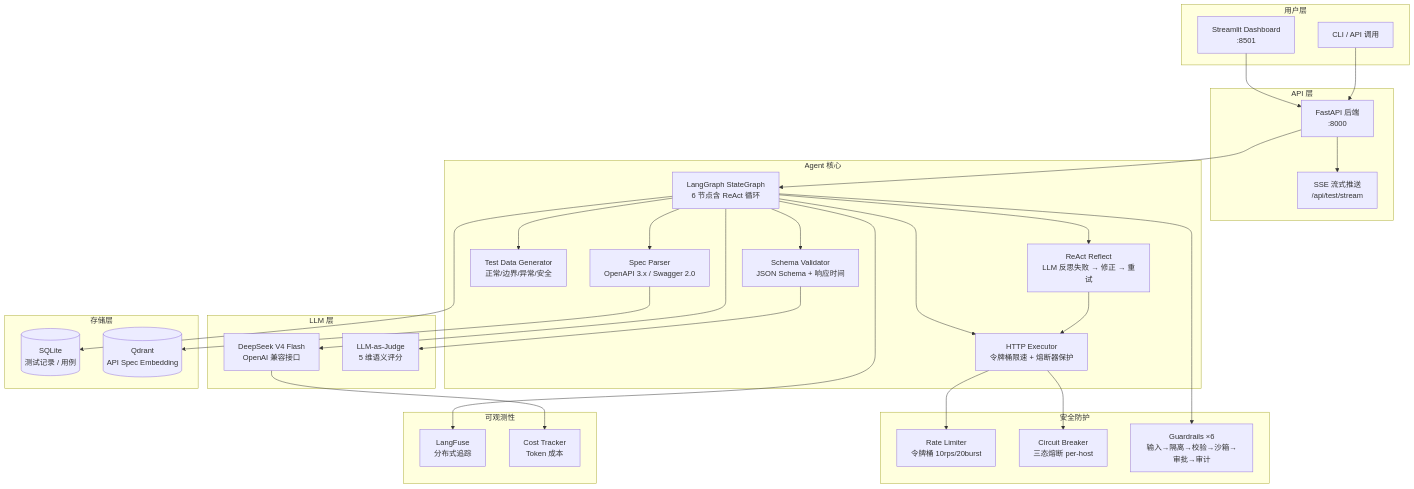
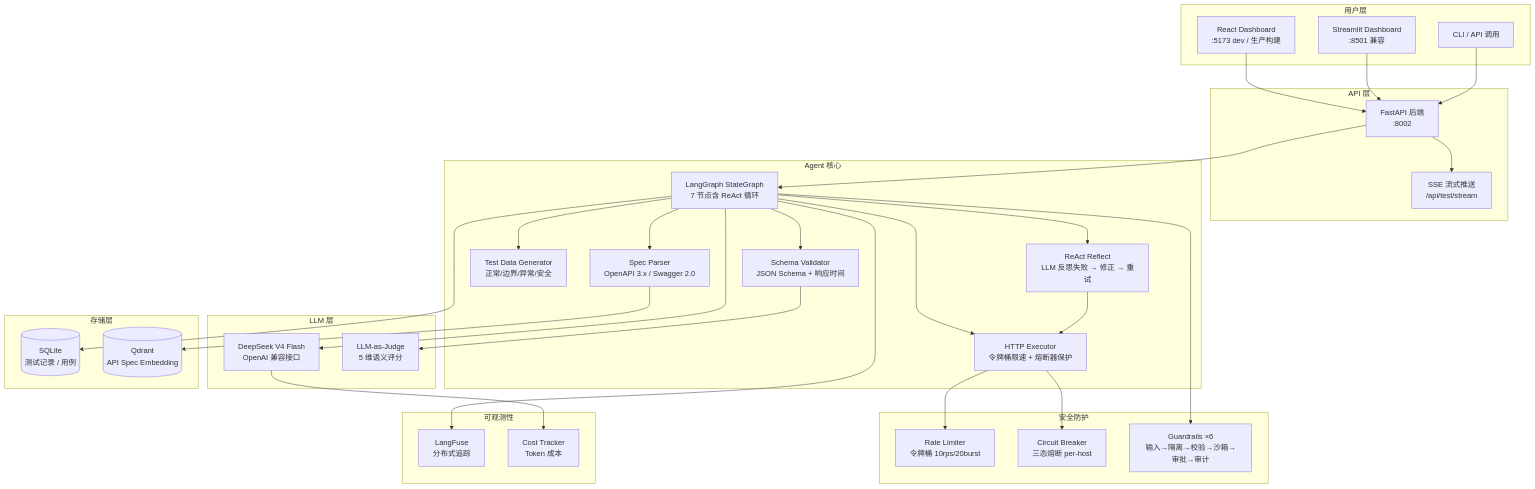
The first of 2 diagrams in README.md (lumfei/test-agent), drawn with Mermaid before and after one commit. The commit also changed other lines of this file and 63 other files, not shown here.

````diff
--- a/README.md
+++ b/README.md
@@ -30,62 +35,64 @@
 ```mermaid
 graph TB
     subgraph 用户层
-        UI[Streamlit Dashboard<br/>:8501]
+        UI[React Dashboard<br/>:5173 dev / 生产构建]
+        ST[Streamlit Dashboard<br/>:8501 兼容]
         CLI[CLI / API 调用]
     end
 
     subgraph API 层
-        FAST[FastAPI 后端<br/>:8000]
+        FAST[FastAPI 后端<br/>:8002]
         SSE[SSE 流式推送<br/>/api/test/stream]
     end
 
     subgraph Agent 核心
-        GRAPH[LangGraph StateGraph<br/>6 节点含 ReAct 循环]
+        GRAPH[LangGraph StateGraph<br/>7 节点含 ReAct 循环]
         PARSER[Spec Parser<br/>OpenAPI 3.x / Swagger 2.0]
         GEN[Test Data Generator<br/>正常/边界/异常/安全]
         EXEC[HTTP Executor<br/>令牌桶限速 + 熔断器保护]
         VAL[Schema Validator<br/>JSON Schema + 响应时间]
         REFLECT[ReAct Reflect<br/>LLM 反思失败 → 修正 → 重试]
     end
 
     subgraph 安全防护
         RL[Rate Limiter<br/>令牌桶 10rps/20burst]
         CB[Circuit Breaker<br/>三态熔断 per-host]
         GL[Guardrails ×6<br/>输入→隔离→校验→沙箱→审批→审计]
     end
 
     subgraph LLM 层
         DS[DeepSeek V4 Flash<br/>OpenAI 兼容接口]
         JUDGE[LLM-as-Judge<br/>5 维语义评分]
     end
 
     subgraph 存储层
         SQLITE[(SQLite<br/>测试记录 / 用例)]
         QDRANT[(Qdrant<br/>API Spec Embedding)]
     end
 
     subgraph 可观测性
         LF[LangFuse<br/>分布式追踪]
         COST[Cost Tracker<br/>Token 成本]
     end
 
     UI --> FAST
+    ST --> FAST
     CLI --> FAST
     FAST --> GRAPH
     FAST --> SSE
     GRAPH --> PARSER
     GRAPH --> GEN
     GRAPH --> EXEC
     GRAPH --> VAL
     GRAPH --> REFLECT
     GRAPH --> DS
     REFLECT --> EXEC
     VAL --> JUDGE
     GRAPH --> SQLITE
     PARSER --> QDRANT
     EXEC --> RL
     EXEC --> CB
     GRAPH --> GL
     GRAPH --> LF
     DS --> COST
 ```
````
